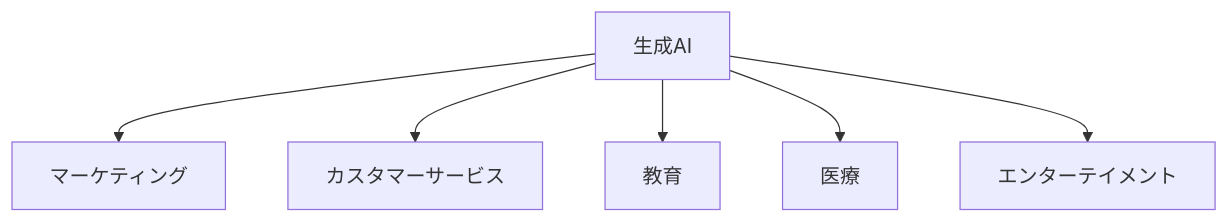
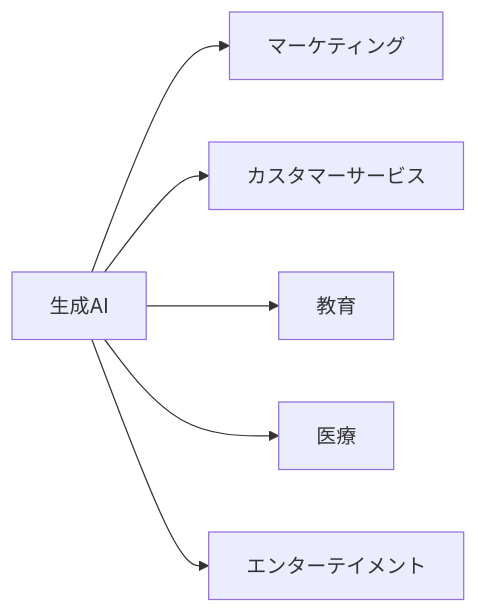
One commit to SparklingDetergent/doc_genai_About_the_origins_and_types_of_generative_AI changed the seventh of 9 diagrams in README.md. Above: the diagram before and after it, drawn with Mermaid.

````diff
--- a/README.md
+++ b/README.md
@@ -144,8 +144,8 @@
 ```mermaid
-graph TB
+graph LR
     A[生成AI] --> B[マーケティング]
     A --> C[カスタマーサービス]
     A --> D[教育]
     A --> E[医療]
     A --> F[エンターテイメント]
 ```
````
